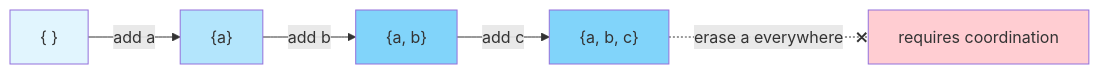
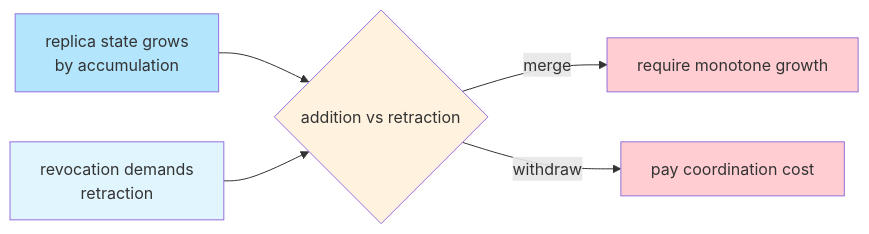
Before and after one commit to hxrts/weboftru.st: the second of 3 diagrams in content/post/07-triangle-of-forgetting.md, drawn with Mermaid. The commit also changed other lines of this file and 5 other files, not shown here.

````diff
--- a/content/post/07-triangle-of-forgetting.md
+++ b/content/post/07-triangle-of-forgetting.md
@@ -82,12 +93,12 @@
 ```mermaid
 flowchart LR
-    S0["{ }"] -->|add a| S1["{a}"]
-    S1 -->|add b| S2["{a, b}"]
-    S2 -->|add c| S3["{a, b, c}"]
-    S3 -.erase a everywhere.-x X[requires coordination]
-    style S0 fill:#e1f5fe
-    style S1 fill:#b3e5fc
-    style S2 fill:#81d4fa
-    style S3 fill:#81d4fa
-    style X fill:#ffcdd2
+    G[replica state grows<br/>by accumulation] --> Q{addition vs retraction}
+    R[revocation demands<br/>retraction] --> Q
+    Q -->|merge| A[require monotone growth]
+    Q -->|withdraw| C[pay coordination cost]
+    style G fill:#b3e5fc
+    style R fill:#e1f5fe
+    style Q fill:#fff3e0
+    style A fill:#ffcdd2
+    style C fill:#ffcdd2
 ```
````
